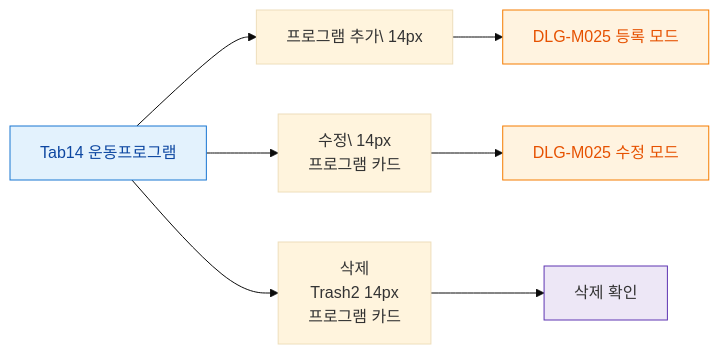
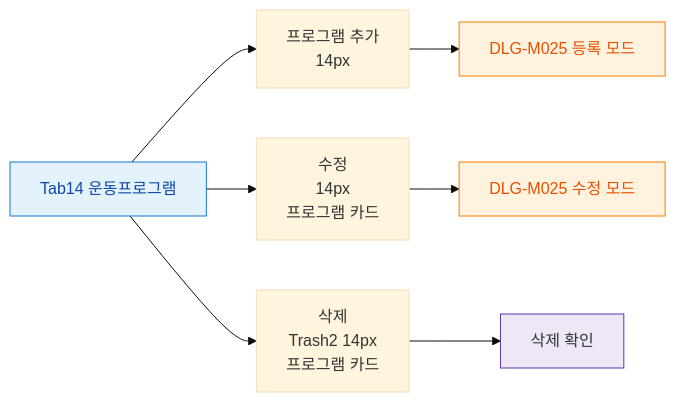
One commit to dev-spogym/admin-pando changed the diagram in docs/admin/다이어그램/D02_회원관리/SCR-M004_회원상세/Tab14_운동프로그램/F3_버튼액션.md. Above: the diagram before and after it, drawn with Mermaid (base theme). The commit also changed 369 other files, not shown here.

````diff
--- a/docs/admin/다이어그램/D02_회원관리/SCR-M004_회원상세/Tab14_운동프로그램/F3_버튼액션.md
+++ b/docs/admin/다이어그램/D02_회원관리/SCR-M004_회원상세/Tab14_운동프로그램/F3_버튼액션.md
@@ -20,17 +20,17 @@
 ```mermaid
 flowchart LR
-  TAB[Tab14 운동프로그램] --> B1[프로그램 추가\ 14px]
-  TAB --> B2[수정\ 14px\n프로그램 카드]
+  TAB[Tab14 운동프로그램] --> B1[프로그램 추가<br/> 14px]
+  TAB --> B2[수정<br/> 14px\n프로그램 카드]
   TAB --> B3[삭제\nTrash2 14px\n프로그램 카드]
 
   B1 --> DLG_M025[DLG-M025 등록 모드]
   B2 --> EDIT_DLG[DLG-M025 수정 모드]
   B3 --> DEL_CONFIRM[삭제 확인]
 
   classDef screen fill:#E3F2FD,stroke:#1976D2,color:#0D47A1
   classDef modal fill:#FFF3E0,stroke:#F57C00,color:#E65100
   classDef system fill:#EDE7F6,stroke:#5E35B2
   class TAB screen
   class DLG_M025,EDIT_DLG modal
   class DEL_CONFIRM system
 ```
````
